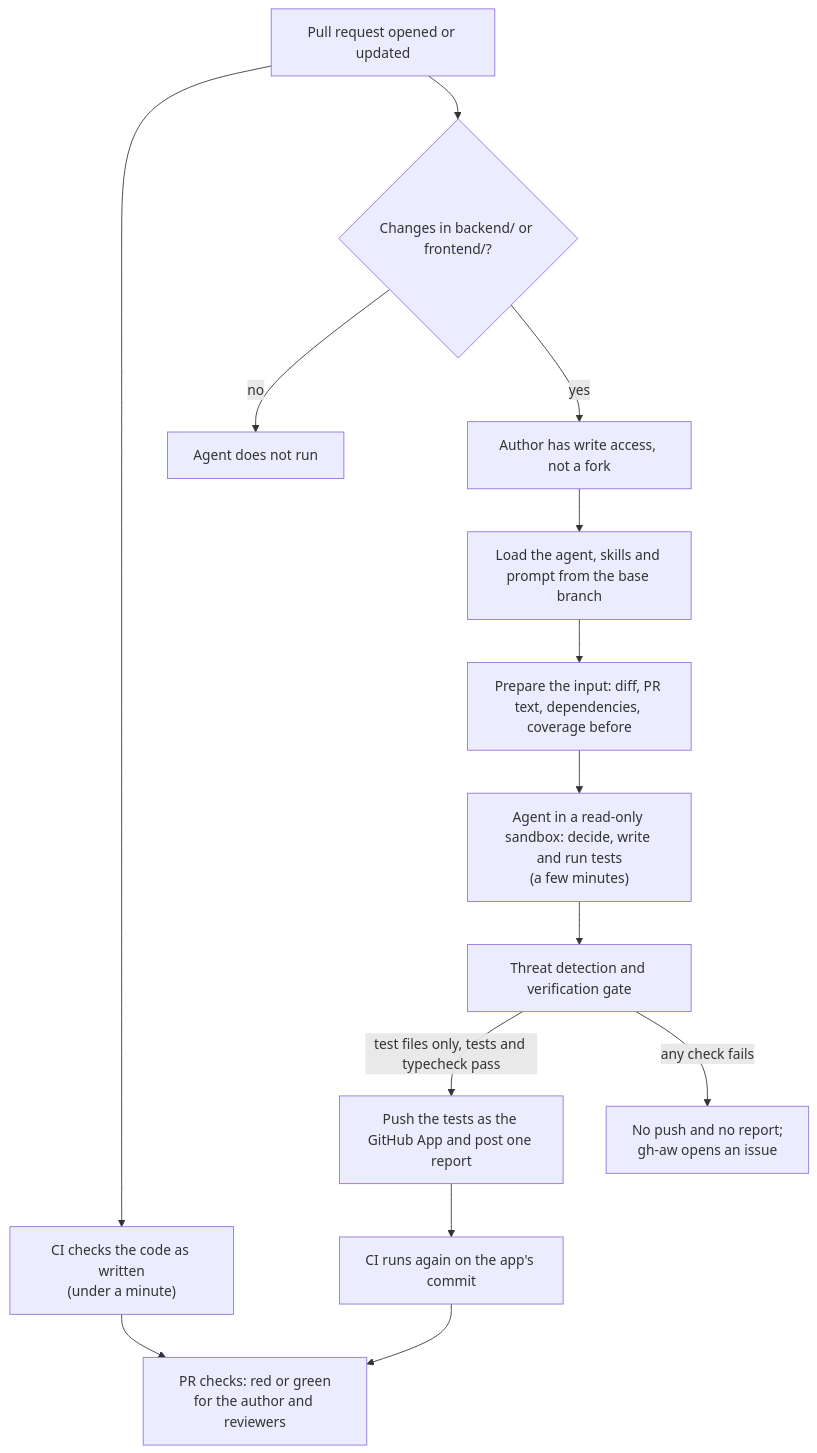
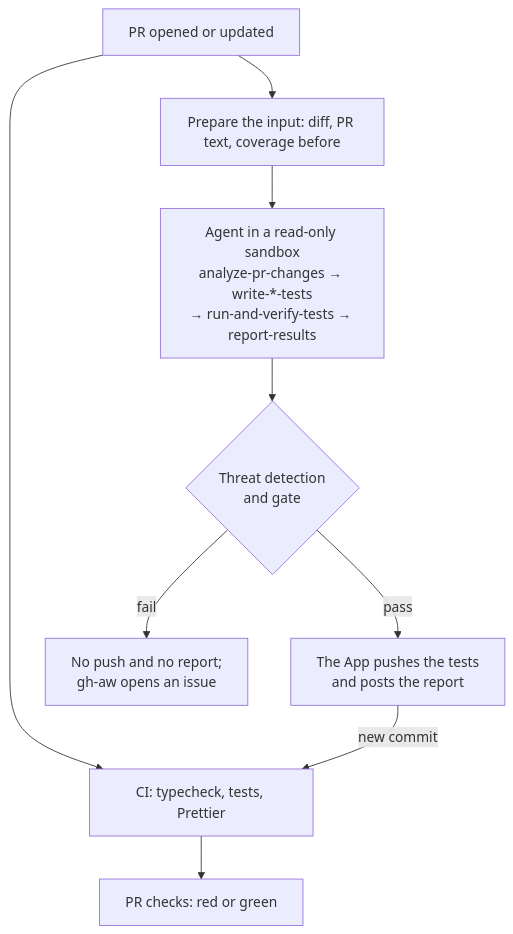
The diagram in SOLUTION.md (veraokhrimenko/taskly-unit-test-agent), drawn with Mermaid before and after one commit. The commit also changed other lines of this file, not shown here.

Commit message:
docs: shorten SOLUTION.md and show how the agent was tested and improved

````diff
--- a/SOLUTION.md
+++ b/SOLUTION.md
@@ -75,16 +54,11 @@
 ```mermaid
 flowchart TD
-    PR["Pull request opened or updated"] --> CI["CI checks the code as written<br/>(under a minute)"]
-    PR --> F{"Changes in backend/ or frontend/?"}
-    F -- no --> N["Agent does not run"]
-    F -- yes --> A["Author has write access, not a fork"]
-    A --> B["Load the agent, skills and prompt from the base branch"]
-    B --> P["Prepare the input: diff, PR text, dependencies, coverage before"]
-    P --> G["Agent in a read-only sandbox: decide, write and run tests<br/>(a few minutes)"]
-    G --> D["Threat detection and verification gate"]
-    D -- "test files only, tests and typecheck pass" --> S["Push the tests as the GitHub App and post one report"]
-    D -- "any check fails" --> X["No push and no report;<br/>gh-aw opens an issue"]
-    S --> CI2["CI runs again on the app's commit"]
-    CI --> R["PR checks: red or green<br/>for the author and reviewers"]
-    CI2 --> R
+    PR["PR opened or updated"] --> CI["CI: typecheck, tests, Prettier"]
+    PR --> P["Prepare the input: diff, PR text, coverage before"]
+    P --> G["Agent in a read-only sandbox<br/>analyze-pr-changes → write-*-tests<br/>→ run-and-verify-tests → report-results"]
+    G --> D{"Threat detection<br/>and gate"}
+    D -- pass --> S["The App pushes the tests<br/>and posts the report"]
+    D -- fail --> X["No push and no report;<br/>gh-aw opens an issue"]
+    S -- new commit --> CI
+    CI --> R["PR checks: red or green"]
 ```
````
